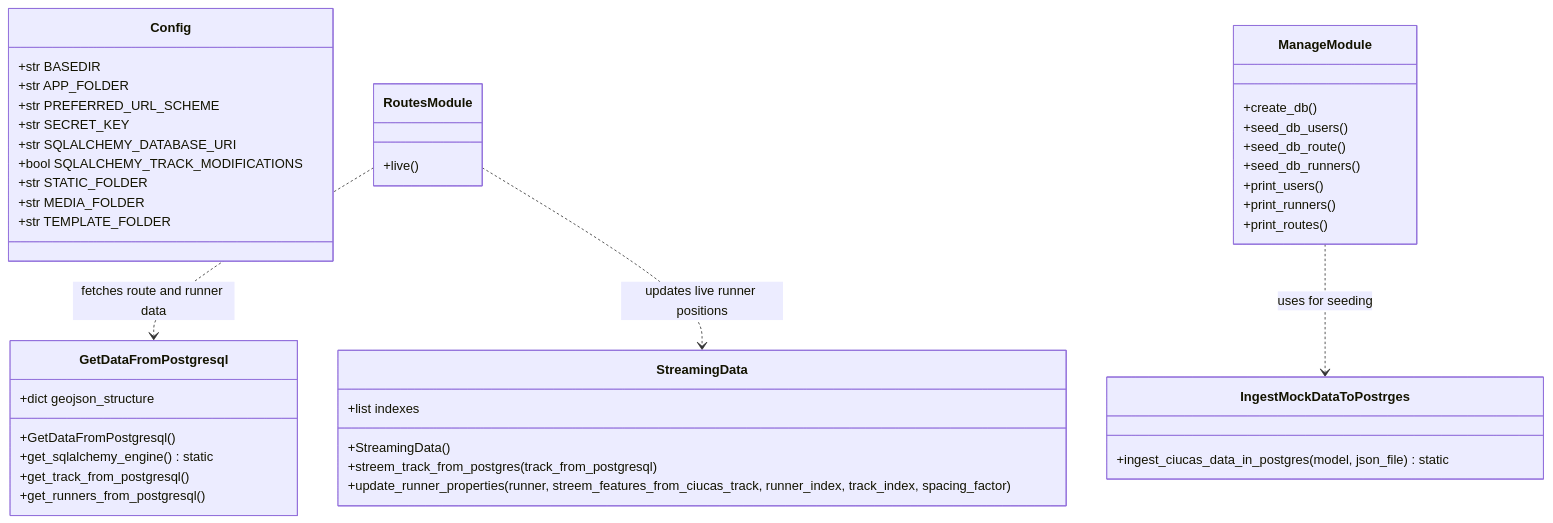
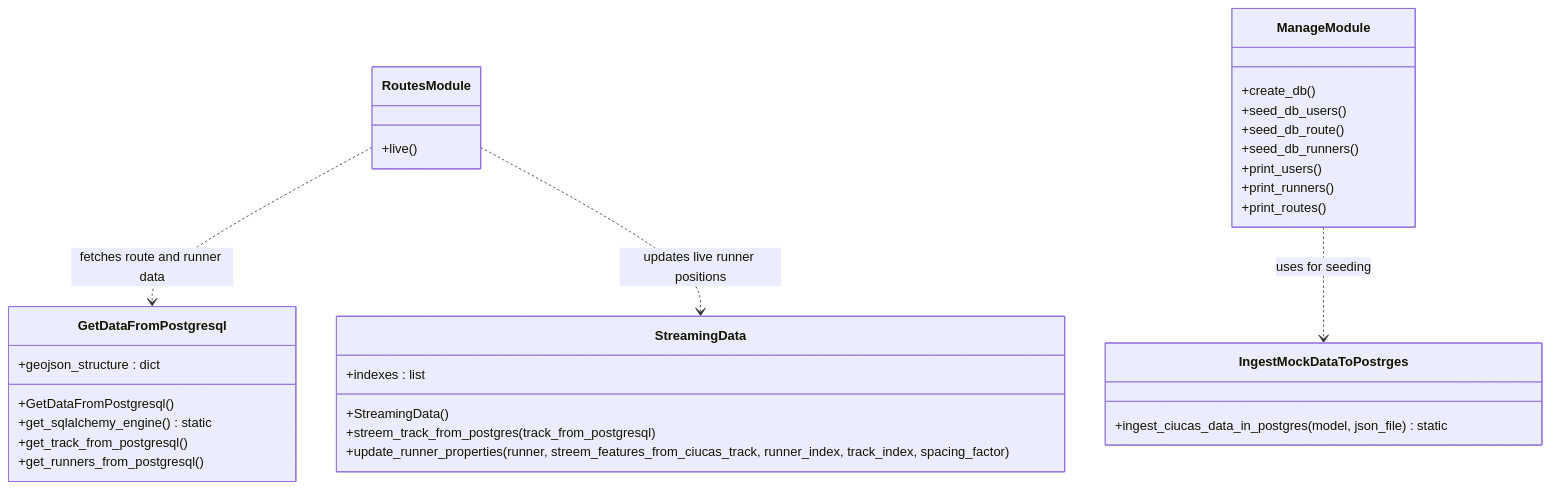
One commit to corinat/flask-on-docker changed the diagram in README.md. Above: the diagram before and after it, drawn with Mermaid. The commit also changed other lines of this file, not shown here.

Commit message:
added diagram for achitecture understanding again

````diff
--- a/README.md
+++ b/README.md
@@ -288,51 +35,39 @@
 ```mermaid
 classDiagram
-    class Config {
-        +str BASEDIR
-        +str APP_FOLDER
-        +str PREFERRED_URL_SCHEME
-        +str SECRET_KEY
-        +str SQLALCHEMY_DATABASE_URI
-        +bool SQLALCHEMY_TRACK_MODIFICATIONS
-        +str STATIC_FOLDER
-        +str MEDIA_FOLDER
-        +str TEMPLATE_FOLDER
-    }
-
     class IngestMockDataToPostrges {
         +ingest_ciucas_data_in_postgres(model, json_file) static
     }
 
     class GetDataFromPostgresql {
-        +dict geojson_structure
+        +geojson_structure : dict
         +GetDataFromPostgresql()
         +get_sqlalchemy_engine() static
         +get_track_from_postgresql()
         +get_runners_from_postgresql()
     }
 
     class StreamingData {
-        +list indexes
+        +indexes : list
         +StreamingData()
         +streem_track_from_postgres(track_from_postgresql)
         +update_runner_properties(runner, streem_features_from_ciucas_track, runner_index, track_index, spacing_factor)
     }
 
     class RoutesModule {
         +live()
     }
 
     class ManageModule {
         +create_db()
         +seed_db_users()
         +seed_db_route()
         +seed_db_runners()
         +print_users()
         +print_runners()
         +print_routes()
     }
 
     ManageModule ..> IngestMockDataToPostrges : uses for seeding
     RoutesModule ..> GetDataFromPostgresql : fetches route and runner data
     RoutesModule ..> StreamingData : updates live runner positions
 ```
````
